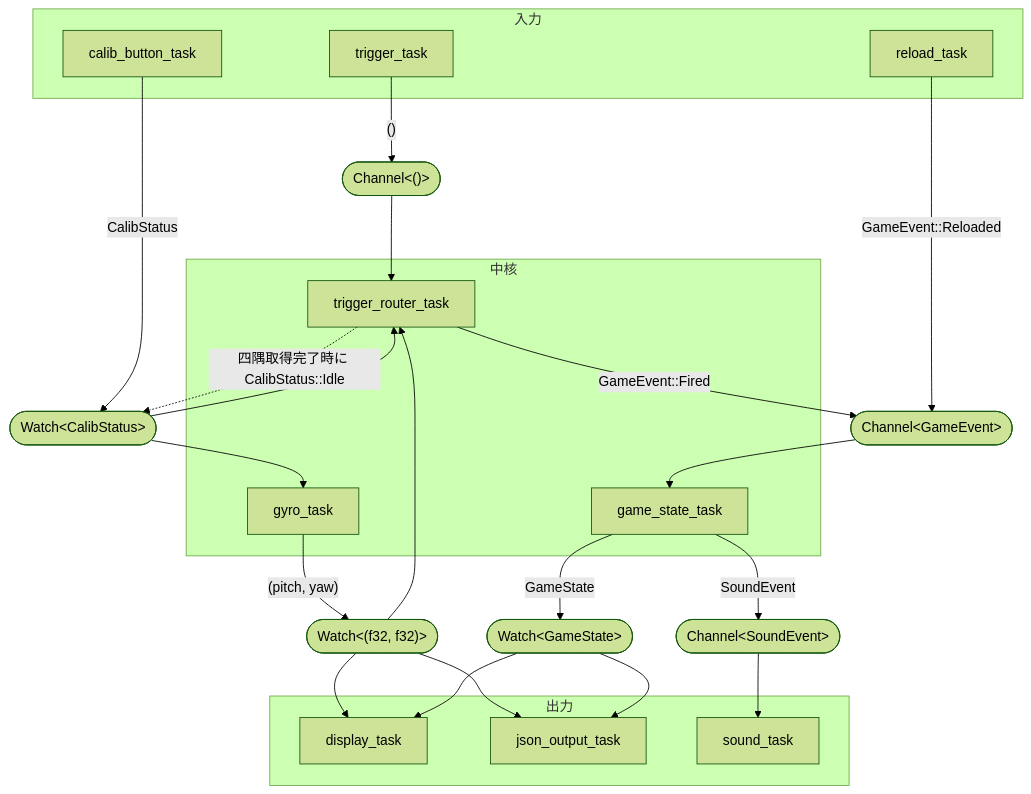
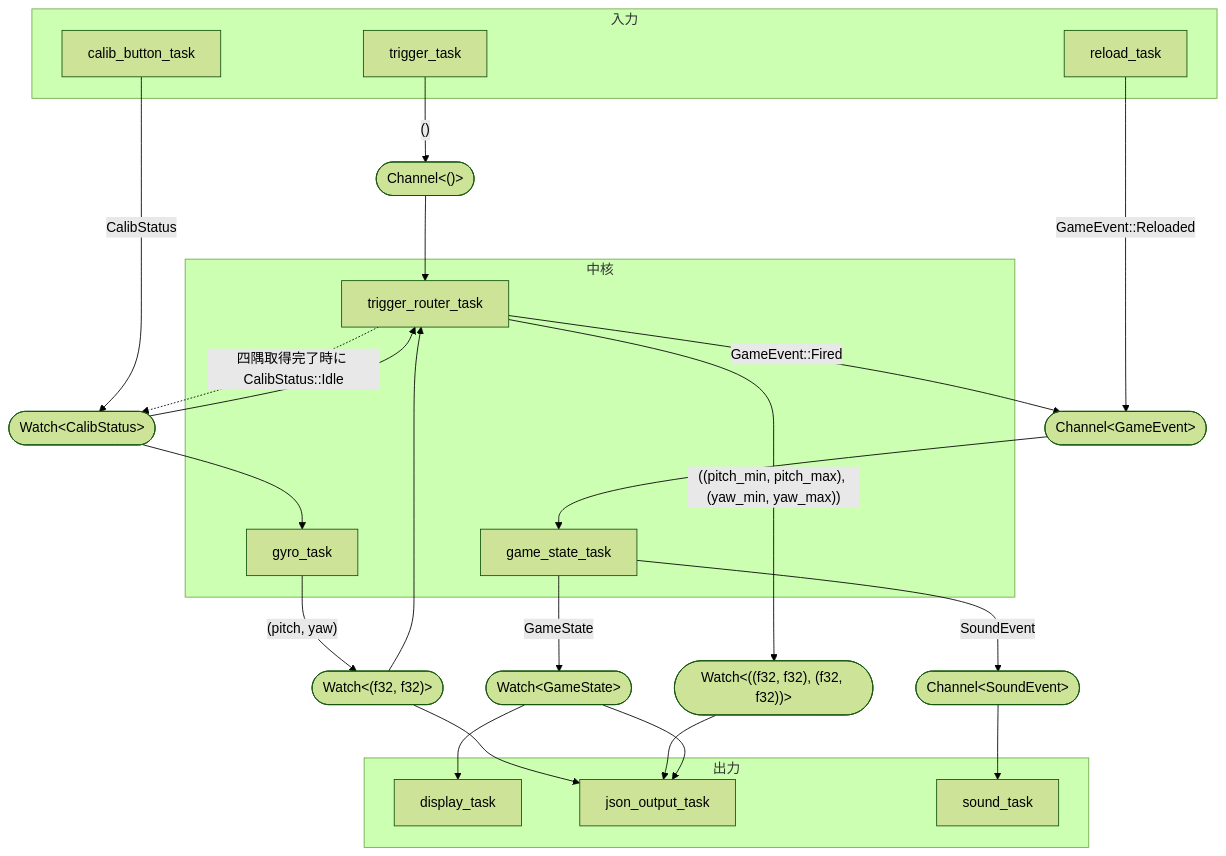
The diagram in README.md (FUN-Hardware/funfes2026-controller), drawn with Mermaid (forest theme) before and after one commit. The commit also changed other lines of this file and 4 other files, not shown here.

````diff
--- a/README.md
+++ b/README.md
@@ -59,45 +66,47 @@
 ```mermaid
 flowchart TD
     subgraph input["入力"]
         trigger_task
         reload_task
         calib_button_task
     end
 
     subgraph core["中核"]
         gyro_task
         trigger_router_task
         game_state_task
     end
 
     subgraph output["出力"]
         display_task
         json_output_task
         sound_task
     end
 
     trigger_task -- "()" --> trigger_ch(["Channel&lt;()&gt;"])
     trigger_ch --> trigger_router_task
 
     calib_button_task -- "CalibStatus" --> calib_watch(["Watch&lt;CalibStatus&gt;"])
     calib_watch --> gyro_task
     calib_watch --> trigger_router_task
 
     gyro_task -- "(pitch, yaw)" --> gyro_watch(["Watch&lt;(f32, f32)&gt;"])
     gyro_watch --> trigger_router_task
-    gyro_watch --> display_task
     gyro_watch --> json_output_task
+
+    trigger_router_task -- "((pitch_min, pitch_max), (yaw_min, yaw_max))" --> calib_range_watch(["Watch&lt;((f32, f32), (f32, f32))&gt;"])
+    calib_range_watch --> json_output_task
 
     trigger_router_task -- "GameEvent::Fired" --> game_event(["Channel&lt;GameEvent&gt;"])
     reload_task -- "GameEvent::Reloaded" --> game_event
     game_event --> game_state_task
 
     trigger_router_task -. "四隅取得完了時に CalibStatus::Idle" .-> calib_watch
 
     game_state_task -- "GameState" --> game_state(["Watch&lt;GameState&gt;"])
     game_state --> display_task
     game_state --> json_output_task
 
     game_state_task -- "SoundEvent" --> sound_event(["Channel&lt;SoundEvent&gt;"])
     sound_event --> sound_task
 ```
````
